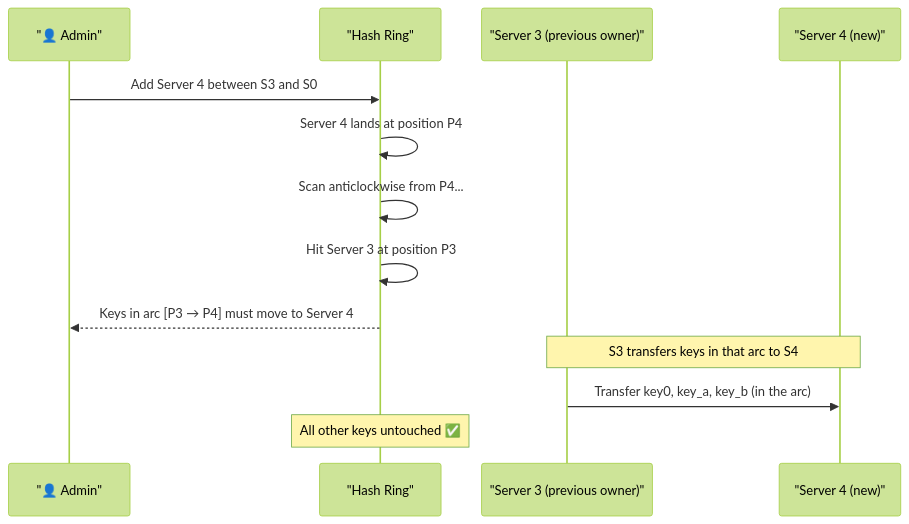
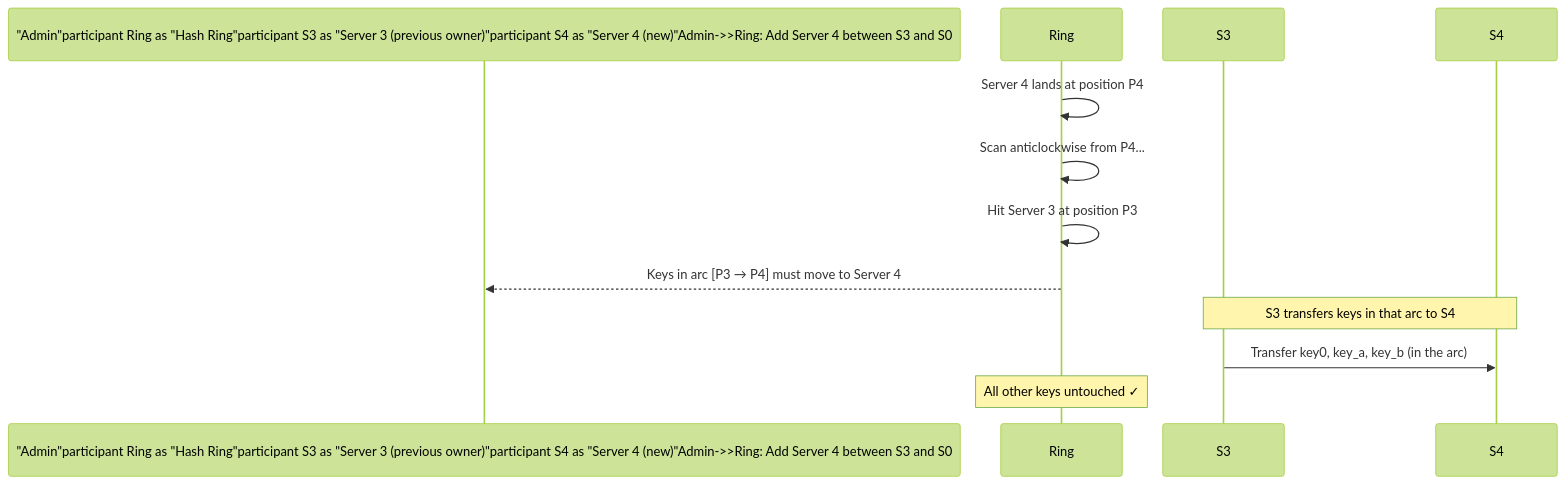
Before and after one commit to devops-monk/system-design-blog: diagram 14 of 23 in content/posts/2026/design-consistent-hashing.md, drawn with Mermaid (forest theme). The commit also changed other lines of this file and 5 other files, not shown here.

````diff
--- a/content/posts/2026/design-consistent-hashing.md
+++ b/content/posts/2026/design-consistent-hashing.md
@@ -471,18 +511,13 @@
 ```mermaid
 sequenceDiagram
-    participant Admin as "👤 Admin"
-    participant Ring as "Hash Ring"
-    participant S3 as "Server 3 (previous owner)"
-    participant S4 as "Server 4 (new)"
-
-    Admin->>Ring: Add Server 4 between S3 and S0
+    participant Admin as "Admin"participant Ring as "Hash Ring"participant S3 as "Server 3 (previous owner)"participant S4 as "Server 4 (new)"Admin->>Ring: Add Server 4 between S3 and S0
     Ring->>Ring: Server 4 lands at position P4
     Ring->>Ring: Scan anticlockwise from P4...
     Ring->>Ring: Hit Server 3 at position P3
     Ring-->>Admin: Keys in arc [P3 → P4] must move to Server 4
 
     Note over S3,S4: S3 transfers keys in that arc to S4
     S3->>S4: Transfer key0, key_a, key_b (in the arc)
 
-    Note over Ring: All other keys untouched ✅
+    Note over Ring: All other keys untouched ✓
 ```
````
